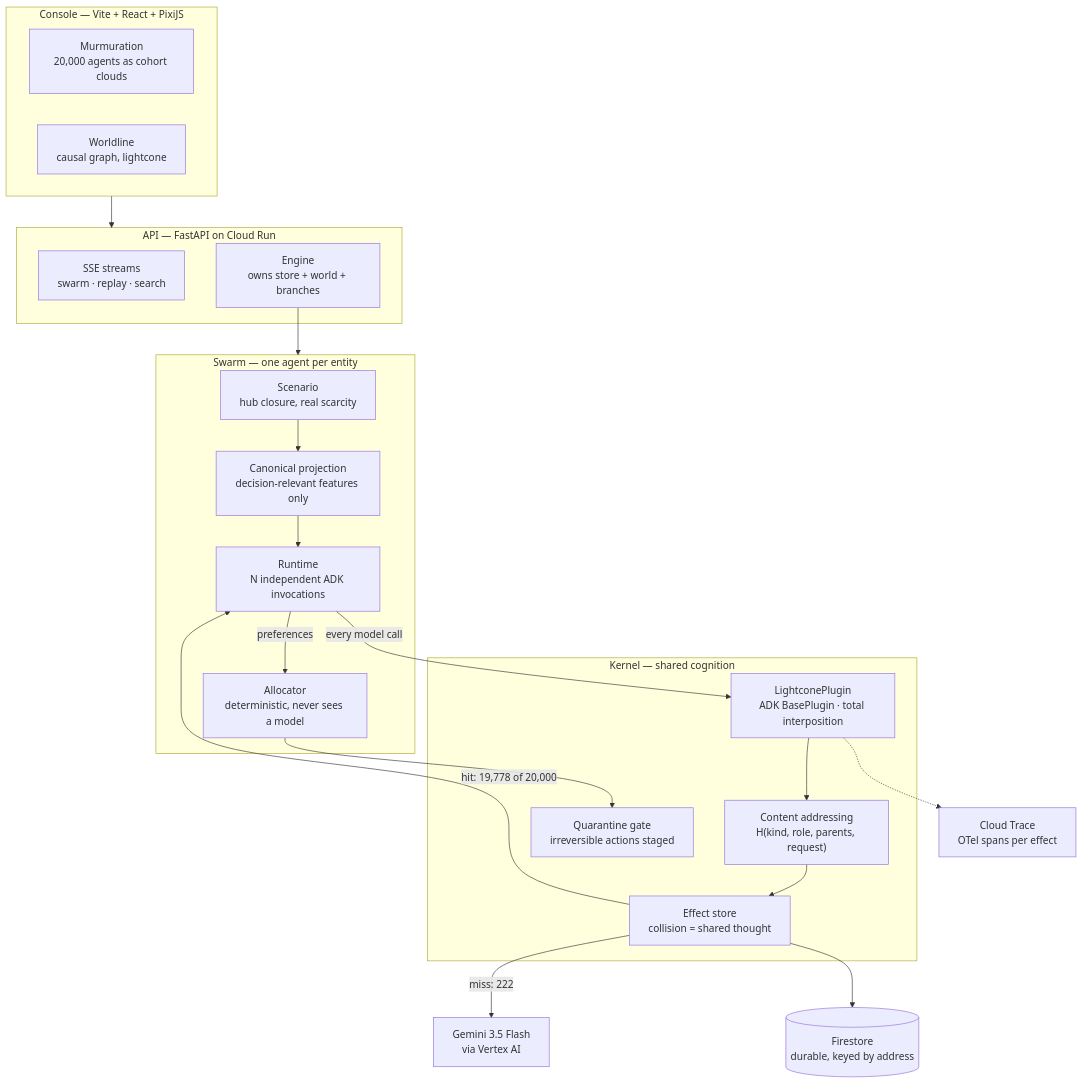
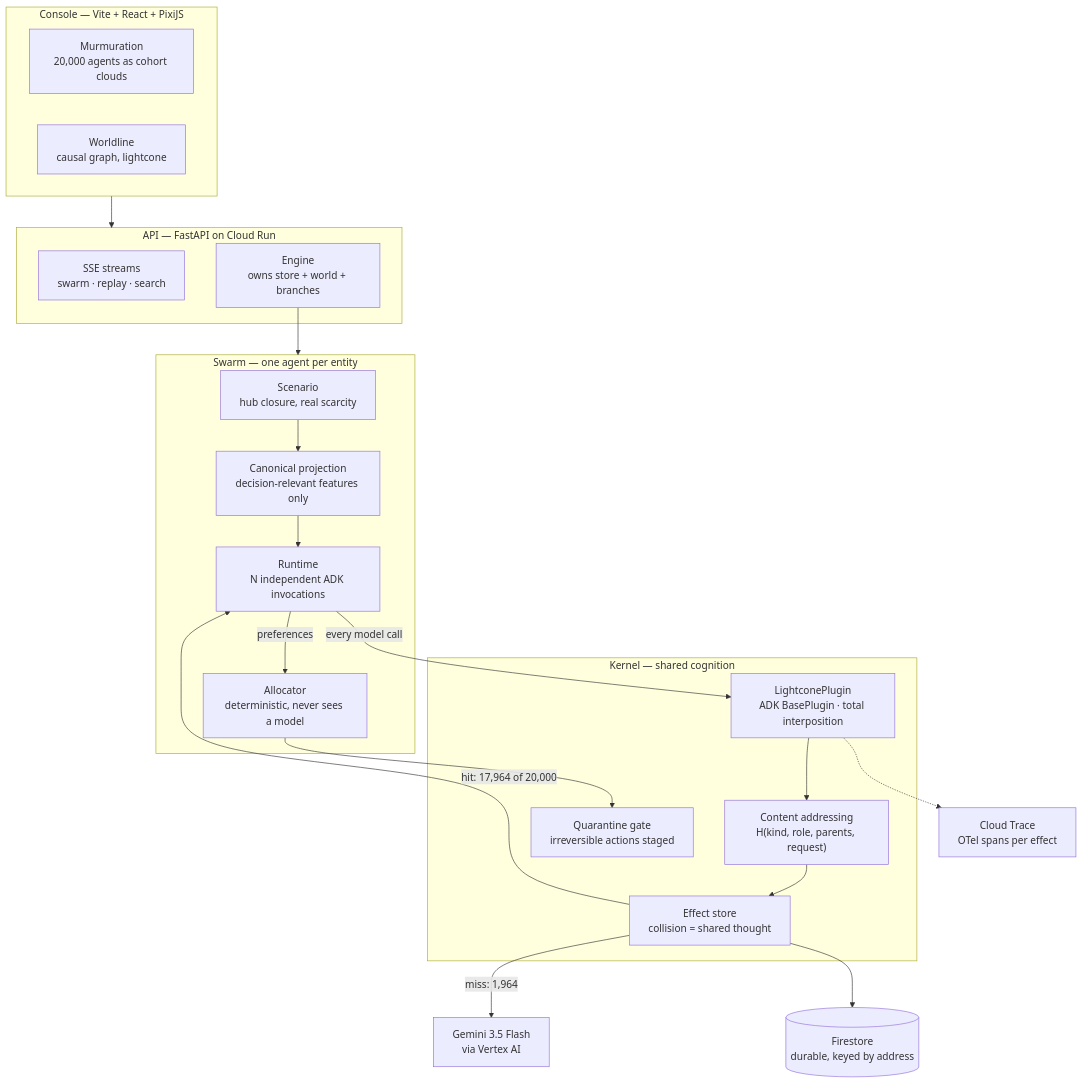
One commit to iamdflame/chorus changed the diagram in README.md. Above: the diagram before and after it, drawn with Mermaid. The commit also changed other lines of this file and 5 other files, not shown here.

````diff
--- a/README.md
+++ b/README.md
@@ -273,42 +287,42 @@
 ```mermaid
 flowchart TB
     subgraph console["Console — Vite + React + PixiJS"]
         MU["Murmuration<br/>20,000 agents as cohort clouds"]
         WL["Worldline<br/>causal graph, lightcone"]
     end
 
     subgraph api["API — FastAPI on Cloud Run"]
         SSE["SSE streams<br/>swarm · replay · search"]
         ENG["Engine<br/>owns store + world + branches"]
     end
 
     subgraph swarm["Swarm — one agent per entity"]
         SC["Scenario<br/>hub closure, real scarcity"]
         CP["Canonical projection<br/>decision-relevant features only"]
         RT["Runtime<br/>N independent ADK invocations"]
         AL["Allocator<br/>deterministic, never sees a model"]
     end
 
     subgraph kernel["Kernel — shared cognition"]
         IP["LightconePlugin<br/>ADK BasePlugin · total interposition"]
         AD["Content addressing<br/>H(kind, role, parents, request)"]
         ST["Effect store<br/>collision = shared thought"]
         QG["Quarantine gate<br/>irreversible actions staged"]
     end
 
     GEM["Gemini 3.5 Flash<br/>via Vertex AI"]
     FS[("Firestore<br/>durable, keyed by address")]
     OT["Cloud Trace<br/>OTel spans per effect"]
 
     console --> api
     ENG --> swarm
     SC --> CP --> RT
     RT -->|every model call| IP
     IP --> AD --> ST
-    ST -->|miss: 222| GEM
-    ST -->|hit: 19,778 of 20,000| RT
+    ST -->|miss: 1,964| GEM
+    ST -->|hit: 17,964 of 20,000| RT
     RT -->|preferences| AL
     AL --> QG
     ST --> FS
     IP -.-> OT
 ```
````
